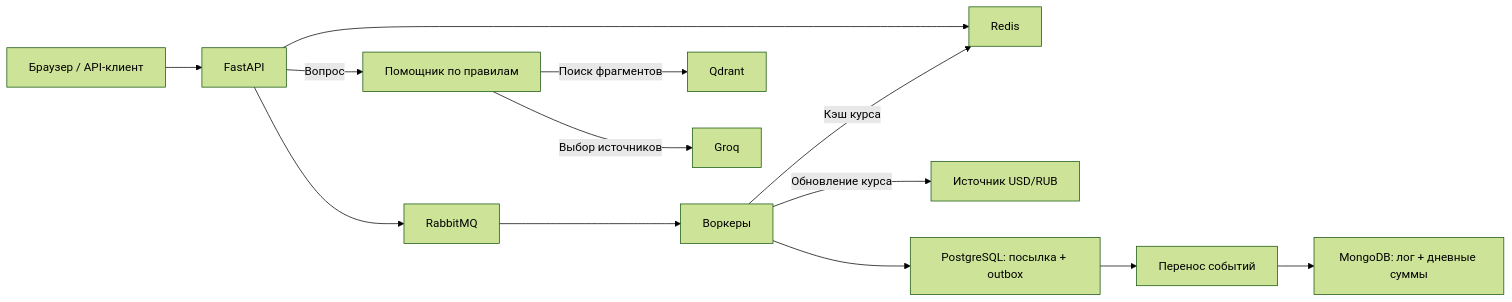
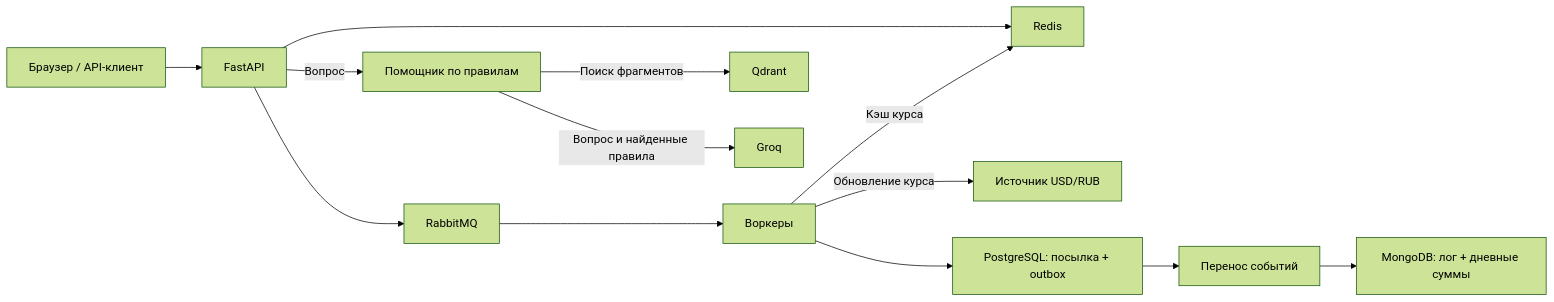
The diagram in README.md (VadimVK-777/Delivery-Service), drawn with Mermaid (forest theme) before and after one commit. The commit also changed other lines of this file and 5 other files, not shown here.

````diff
--- a/README.md
+++ b/README.md
@@ -108,15 +108,15 @@
 ```mermaid
 flowchart LR
     UI[Браузер / API-клиент] --> API[FastAPI]
     API --> MQ[RabbitMQ]
     MQ --> W[Воркеры]
     API --> R[Redis]
     W -->|Кэш курса| R
     W -->|Обновление курса| CBR[Источник USD/RUB]
     W --> PG[PostgreSQL: посылка + outbox]
     PG --> O[Перенос событий]
     O --> M[MongoDB: лог + дневные суммы]
     API -->|Вопрос| S[Помощник по правилам]
     S -->|Поиск фрагментов| Q[Qdrant]
-    S -->|Выбор источников| L[Groq]
+    S -->|Вопрос и найденные правила| L[Groq]
 ```
````
